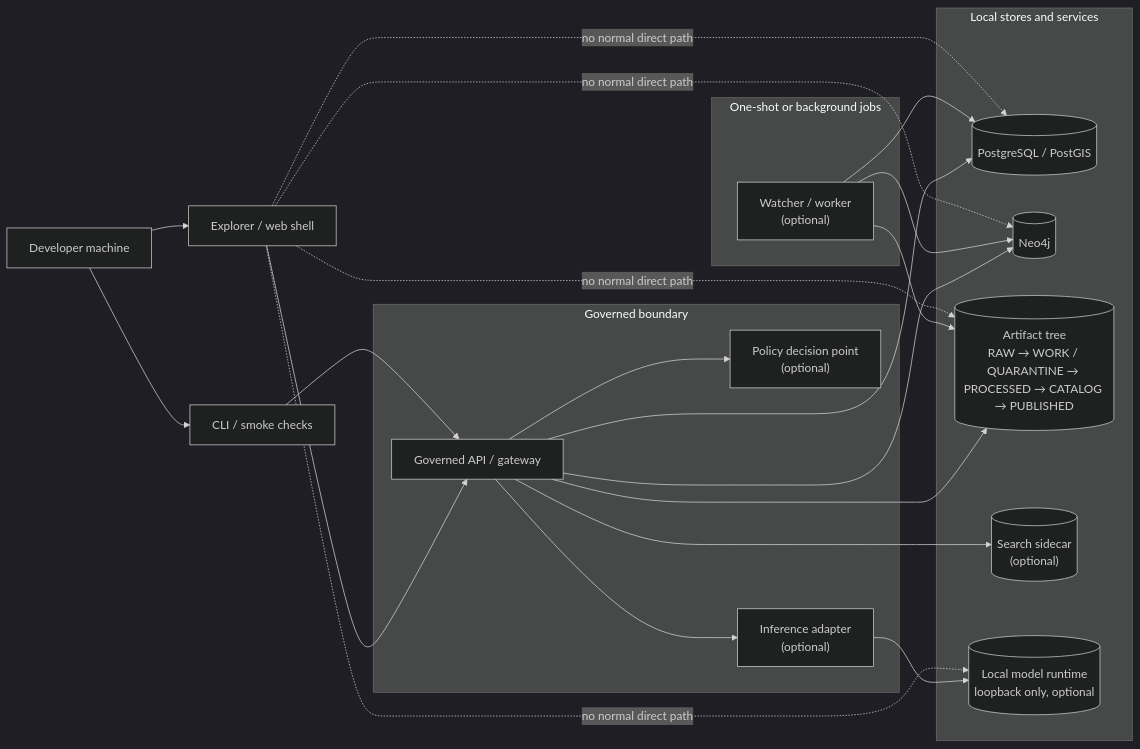
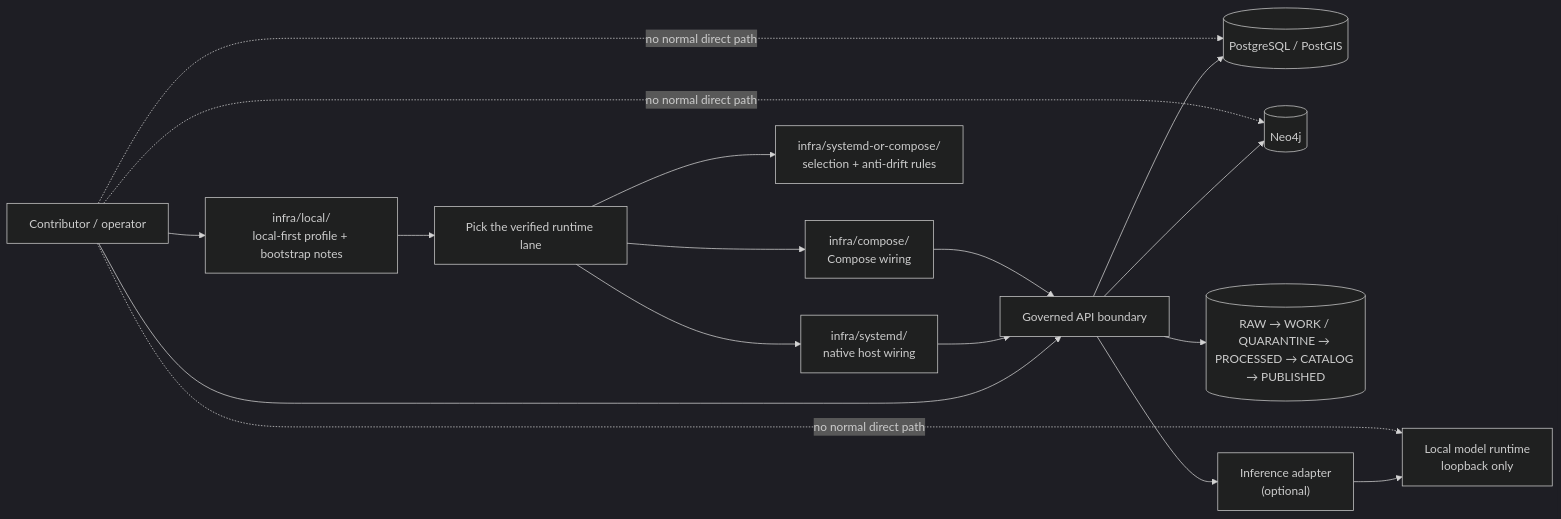
The diagram in infra/local/README.md (bartytime4life/Kansas-Frontier-Matrix), drawn with Mermaid (dark theme) before and after one commit. The commit also changed other lines of this file, not shown here.

````diff
--- a/infra/local/README.md
+++ b/infra/local/README.md
@@ -290,42 +315,24 @@
 ```mermaid
 flowchart LR
-    DEV["Developer machine"] --> WEB["Explorer / web shell"]
-    DEV --> OPS["CLI / smoke checks"]
+    DEV["Contributor / operator"] --> LOCAL["infra/local/<br/>local-first profile + bootstrap notes"]
+    LOCAL --> CHOICE["Pick the verified runtime lane"]
 
-    subgraph Boundary["Governed boundary"]
-        API["Governed API / gateway"]
-        PDP["Policy decision point<br/>(optional)"]
-        ADAPTER["Inference adapter<br/>(optional)"]
-    end
+    CHOICE --> SYS["infra/systemd/<br/>native host wiring"]
+    CHOICE --> CMP["infra/compose/<br/>Compose wiring"]
+    CHOICE --> GUIDE["infra/systemd-or-compose/<br/>selection + anti-drift rules"]
 
-    subgraph Stores["Local stores and services"]
-        PG[("PostgreSQL / PostGIS")]
-        NEO[("Neo4j")]
-        ART[("Artifact tree<br/>RAW → WORK / QUARANTINE → PROCESSED → CATALOG → PUBLISHED")]
-        SEARCH[("Search sidecar<br/>(optional)")]
-        OLLAMA[("Local model runtime<br/>loopback only, optional")]
-    end
+    DEV --> API["Governed API boundary"]
 
-    subgraph Jobs["One-shot or background jobs"]
-        WATCH["Watcher / worker<br/>(optional)"]
-    end
+    SYS --> API
+    CMP --> API
 
-    WEB --> API
-    OPS --> API
-    API --> PDP
-    API --> PG
-    API --> NEO
-    API --> ART
-    API --> SEARCH
-    API --> ADAPTER
-    ADAPTER --> OLLAMA
+    API --> PG[("PostgreSQL / PostGIS")]
+    API --> NEO[("Neo4j")]
+    API --> ART[("RAW → WORK / QUARANTINE → PROCESSED → CATALOG → PUBLISHED")]
+    API --> ADAPTER["Inference adapter<br/>(optional)"]
+    ADAPTER --> OLLAMA["Local model runtime<br/>loopback only"]
 
-    WATCH --> PG
-    WATCH --> NEO
-    WATCH --> ART
-
-    WEB -. no normal direct path .-> PG
-    WEB -. no normal direct path .-> NEO
-    WEB -. no normal direct path .-> ART
-    WEB -. no normal direct path .-> OLLAMA
+    DEV -. no normal direct path .-> PG
+    DEV -. no normal direct path .-> NEO
+    DEV -. no normal direct path .-> OLLAMA
 ```
````
